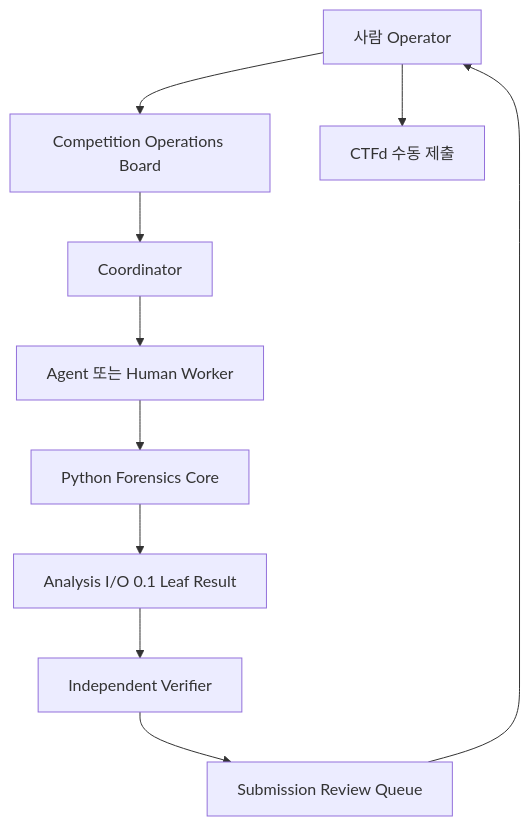
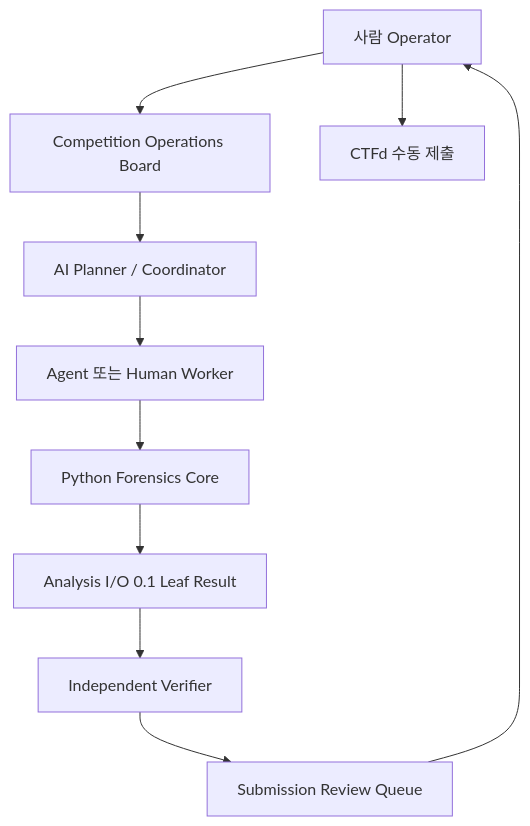
One commit to azerckid/SCAN changed the first of 2 diagrams in docs/03_Technical_Specs/07_AGENTIC_PARALLEL_SOLVE_FLOW.md. Above: the diagram before and after it, drawn with Mermaid. The commit also changed other lines of this file and 4 other files, not shown here.

````diff
--- a/docs/03_Technical_Specs/07_AGENTIC_PARALLEL_SOLVE_FLOW.md
+++ b/docs/03_Technical_Specs/07_AGENTIC_PARALLEL_SOLVE_FLOW.md
@@ -24,12 +28,12 @@
 ```mermaid
 flowchart TB
     USER["사람 Operator"] --> CONTROL["Competition Operations Board"]
-    CONTROL --> COORD["Coordinator"]
+    CONTROL --> COORD["AI Planner / Coordinator"]
     COORD --> WORKERS["Agent 또는 Human Worker"]
     WORKERS --> CORE["Python Forensics Core"]
     CORE --> RESULT["Analysis I/O 0.1 Leaf Result"]
     RESULT --> VERIFY["Independent Verifier"]
     VERIFY --> QUEUE["Submission Review Queue"]
     QUEUE --> USER
     USER --> CTFD["CTFd 수동 제출"]
 ```
````
